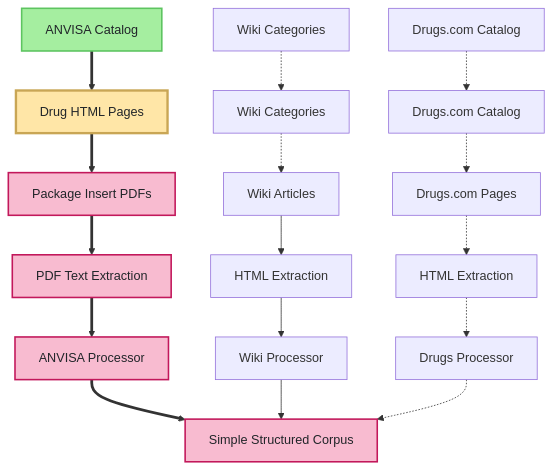
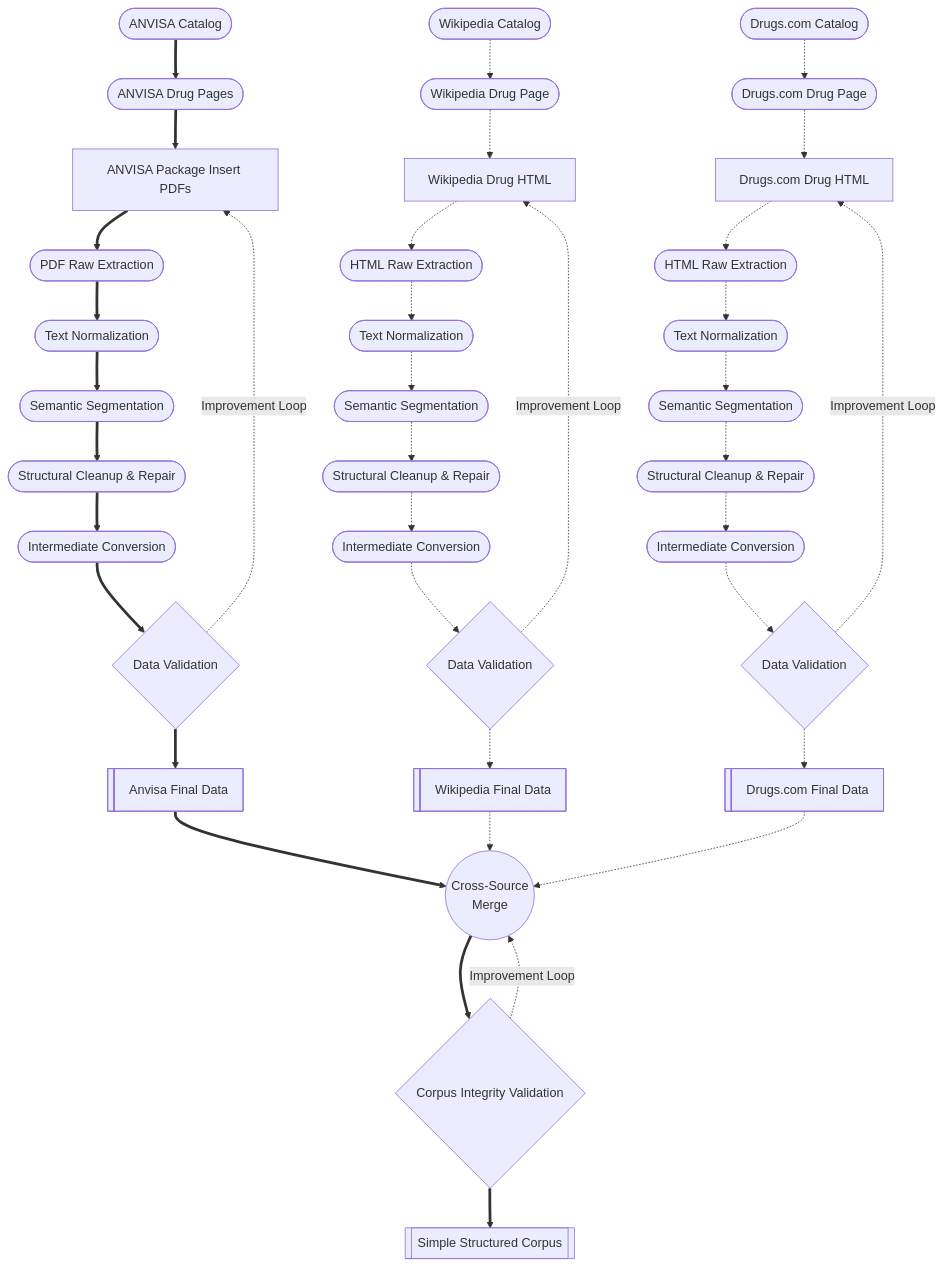
The diagram in docs/architecture/roadmap.md (vinnylg/leafletslm), drawn with Mermaid before and after one commit. The commit also changed 1 other file, not shown here.

Commit message:
Raw/Interm shapes changed to more closely resemble each other. Much of the Phase 1 Roadmap was created (via cell phone, early in the morning, lying in bed)

````diff
--- a/docs/architecture/roadmap.md
+++ b/docs/architecture/roadmap.md
@@ -10,36 +10,70 @@
 ```mermaid
+
 flowchart TD
-    classDef done fill:#a5eea0,stroke:#5dc460,stroke-width:2px,color:#212529;
-    classDef active fill:#ffe6a7,stroke:#c9a655,stroke-width:3px,color:#212529;
-    classDef todo fill:#e3f2fd,stroke:#90caf9,stroke-width:1px,stroke-dasharray: 5 5,color:#212529;
-    classDef must fill:#f8bbd0,stroke:#c2185b,stroke-width:2px,color:#212529;
 
-    AnvisaCat[ANVISA Catalog]:::done
-    AnvisaPage[Drug HTML Pages]:::active
-    AnvisaPDF[Package Insert PDFs]:::must
-    AExt[PDF Text Extraction]:::must
-    AProc[ANVISA Processor]:::must
-
-    %% Track Wikipedia
-    WikiA[Wiki Categories]:::could
-    Wiki[Wiki Categories]:::could
-    WikiPage[Wiki Articles]:::could
-    WExt[HTML Extraction]:::could
-    WProc[Wiki Processor]:::could
-
-    %% Track Drugs.com
-    DrugsA[Drugs.com Catalog]:::drop
-    Drugs[Drugs.com Catalog]:::drop
-    DrugsPage[Drugs.com Pages]:::drop
-    DExt[HTML Extraction]:::drop
-    DProc[Drugs Processor]:::drop
-
-    %% Convergence Point
-    SSC[Simple Structured Corpus]:::must
-
-    %% Fluxos
-    AnvisaCat ==> AnvisaPage ==> AnvisaPDF ==> AExt ==> AProc ==> SSC
-    WikiA -.-> Wiki -.->WikiPage --> WExt --> WProc --> SSC
-    DrugsA -.-> Drugs -.-> DrugsPage -.-> DExt -.-> DProc -.-> SSC
-
+    %% classDef done fill:#a5eea0,stroke:#5dc460,stroke-width:2px,color:#212529;
+    %% classDef active fill:#ffe6a7,stroke:#c9a655,stroke-width:3px,color:#212529;
+    %% classDef todo fill:#90caf9,stroke:#1565c0,stroke-width:2px,stroke-dasharray: 5 5,color:#000;
+    %% classDef must fill:#f8bbd0,stroke:#c2185b,stroke-width:2px,color:#212529;
+    %% classDef drop fill:#eeeeee,stroke:#bdbdbd,stroke-width:2px,stroke-dasharray: 5 5,color:#9e9e9e;
+    
+    ACat([ANVISA Catalog]):::done
+    APage([ANVISA Drug Pages]):::active
+    APDF[ANVISA Package Insert PDFs]:::must
+    
+    AExt([PDF Raw Extraction])
+    ANorm([Text Normalization])
+    ASegm([Semantic Segmentation])
+    ACorr([Structural Cleanup & Repair])
+    AConv([Intermediate Conversion])
+    AVal{Data Validation}
+    AFinal@{ shape: lin-rect, label: "Anvisa Final Data" }
+    
+    ACat ==> APage ==> APDF ==> AExt ==> ANorm ==> ASegm ==> ACorr ==> AConv ==> AVal ==> AFinal ==> Join
+    
+     AVal -.->| Improvement Loop | APDF
+    
+    
+    WCat([Wikipedia Catalog])
+    WPage([Wikipedia Drug Page])
+    WHTML[Wikipedia Drug HTML]
+    
+    WExt([HTML Raw Extraction])
+    WNorm([Text Normalization])
+    WSegm([Semantic Segmentation])
+    WCorr([Structural Cleanup & Repair])
+    WConv([Intermediate Conversion])
+    WVal{Data Validation}
+    WFinal@{ shape: lin-rect, label: "Wikipedia Final Data" }
+    
+    
+    WCat -.-> WPage -.-> WHTML -.-> WExt -.-> WNorm -.-> WSegm -.-> WCorr -.-> WConv -.-> WVal -.-> WFinal -.-> Join
+    
+     WVal -.->| Improvement Loop | WHTML
+    
+    DCat([Drugs.com Catalog])
+    DPage([Drugs.com Drug Page])
+    DHTML[Drugs.com Drug HTML]
+    
+    DExt([HTML Raw Extraction])
+    DNorm([Text Normalization])
+    DSegm([Semantic Segmentation])
+    DCorr([Structural Cleanup & Repair])
+    DConv([Intermediate Conversion])
+    DVal{Data Validation}
+    DFinal@{ shape: lin-rect, label: "Drugs.com Final Data" }
+    
+    
+    DCat -.-> DPage -.-> DHTML -.-> DExt -.-> DNorm -.-> DSegm -.-> DCorr -.-> DConv -.-> DVal -.-> DFinal -.-> Join
+     
+    DVal -.->| Improvement Loop | DHTML
+    
+  
+    Join((Cross-Source</br>Merge))
+    FVal{Corpus Integrity Validation}
+    SSC[[Simple Structured Corpus]]:::must
+    
+    Join ==> FVal ==> SSC
+    FVal -.->| Improvement Loop | Join
+    
 ```
````
